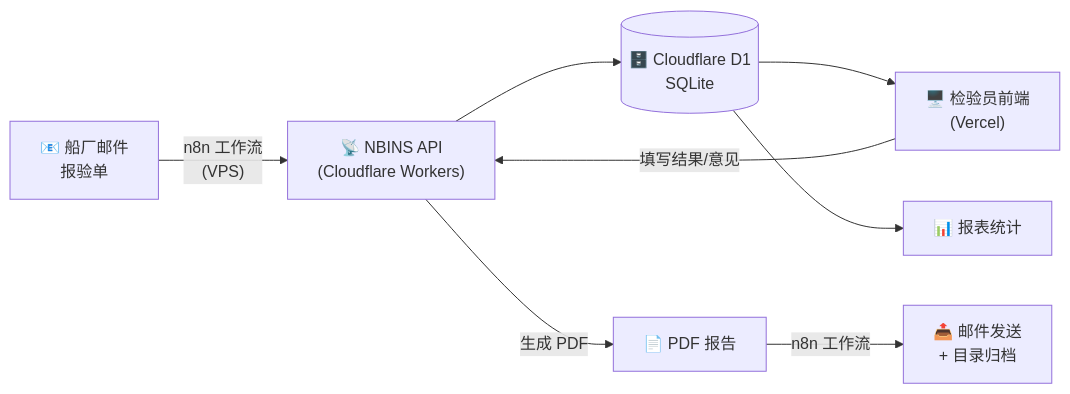
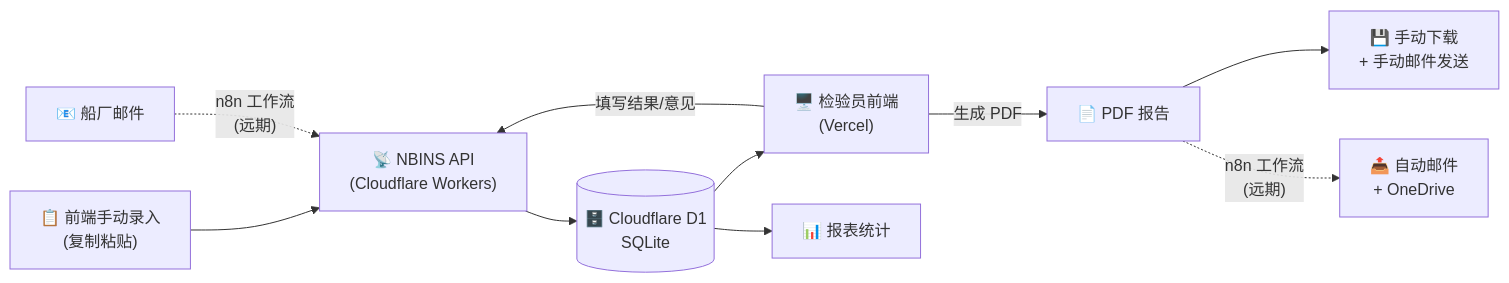
One commit to xingkaijun/nbins changed the first of 6 diagrams in docs/architecture.md. Above: the diagram before and after it, drawn with Mermaid. The commit also changed other lines of this file and 2 other files, not shown here.

Commit message:
docs: architecture v4 redesign with multi-round inspections and observations module

````diff
--- a/docs/architecture.md
+++ b/docs/architecture.md
@@ -16,10 +16,12 @@
 ```mermaid
 flowchart LR
-    A["📧 船厂邮件<br/>报验单"] -->|"n8n 工作流<br/>(VPS)"| B["📡 NBINS API<br/>(Cloudflare Workers)"]
+    A1["📋 前端手动录入<br/>(复制粘贴)"] --> B["📡 NBINS API<br/>(Cloudflare Workers)"]
+    A2["📧 船厂邮件"] -.->|"n8n 工作流<br/>(远期)"| B
     B --> C[("🗄️ Cloudflare D1<br/>SQLite")]
     C --> D["🖥️ 检验员前端<br/>(Vercel)"]
     D -->|"填写结果/意见"| B
-    B -->|"生成 PDF"| E["📄 PDF 报告"]
-    E -->|"n8n 工作流"| F["📤 邮件发送<br/>+ 目录归档"]
+    D -->|"生成 PDF"| E["📄 PDF 报告"]
+    E --> F1["💾 手动下载<br/>+ 手动邮件发送"]
+    E -.->|"n8n 工作流<br/>(远期)"| F2["📤 自动邮件<br/>+ OneDrive"]
     C --> G["📊 报表统计"]
 ```
````
